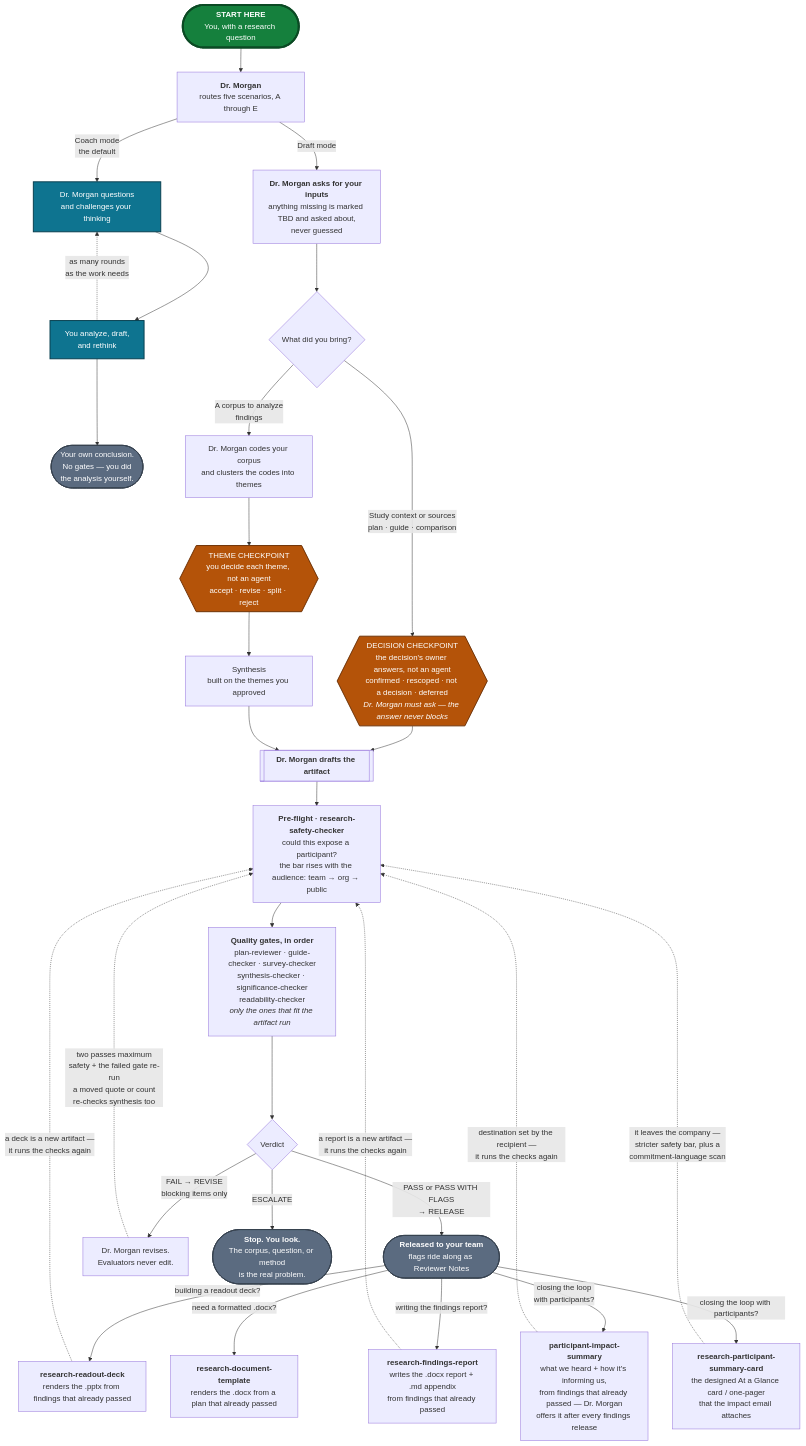
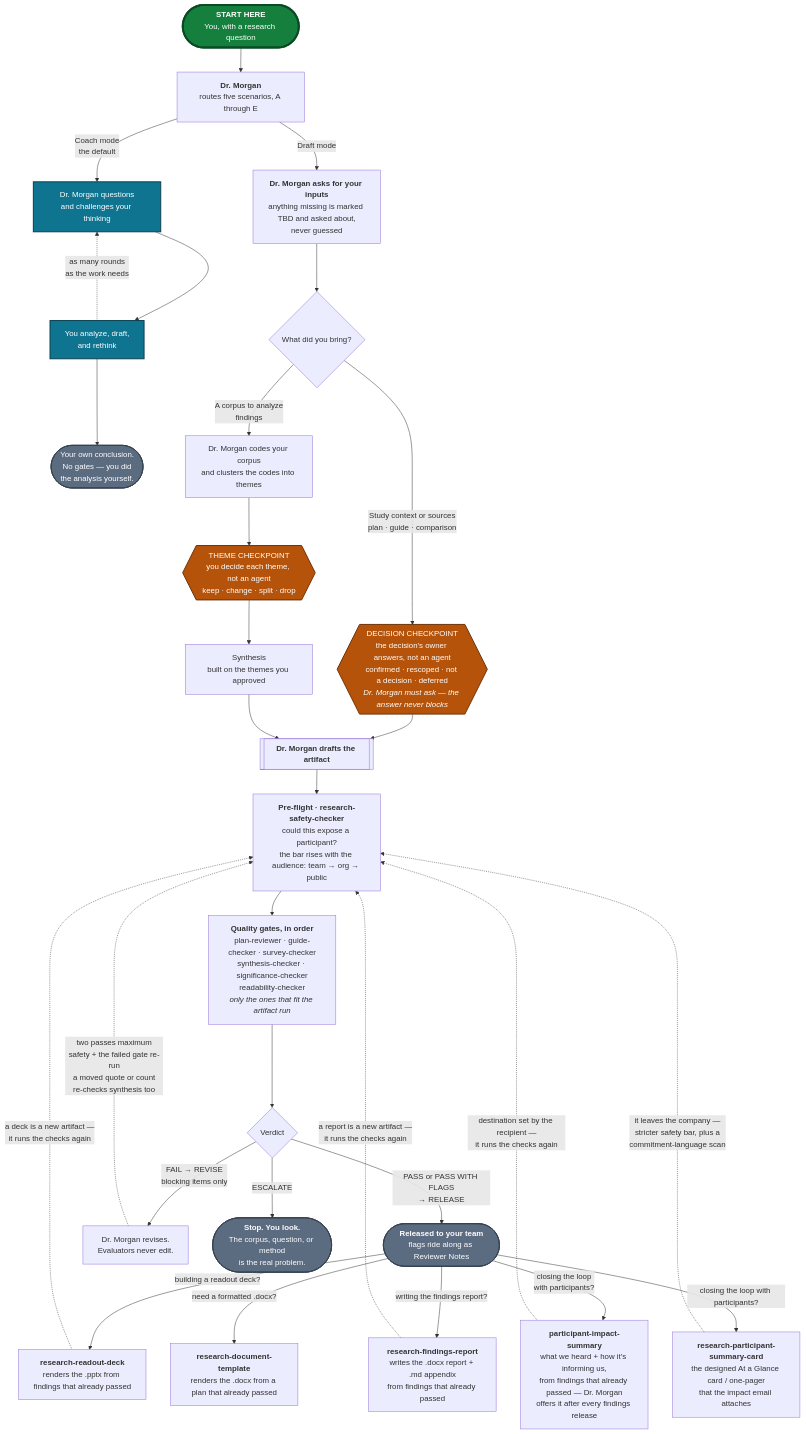
Before and after one commit to kirstenhosic/UX-Research-Skills: the diagram in README.md, drawn with Mermaid. The commit also changed other lines of this file and 39 other files, not shown here.

````diff
--- a/README.md
+++ b/README.md
@@ -292,62 +312,62 @@
 ```mermaid
 flowchart TD
     START(["<b>START HERE</b><br/>You, with a research question"])
     START --> DM
 
     DM["<b>Dr. Morgan</b><br/>routes five scenarios, A through E"]
 
     DM -->|"Coach mode<br/>the default"| COACH["Dr. Morgan questions<br/>and challenges your thinking"]
     COACH --> WORK["You analyze, draft,<br/>and rethink"]
     WORK -.->|"as many rounds<br/>as the work needs"| COACH
     WORK --> ENDC(["Your own conclusion.<br/>No gates — you did<br/>the analysis yourself."])
 
     DM -->|"Draft mode"| IN["<b>Dr. Morgan asks for your inputs</b><br/>anything missing is marked TBD and asked about,<br/>never guessed"]
     IN --> Q{"What did you bring?"}
 
     ART[["<b>Dr. Morgan drafts the artifact</b>"]]
     CL["Dr. Morgan codes your corpus<br/>and clusters the codes into themes"]
 
     Q -->|"Study context or sources<br/>plan · guide · comparison"| DC
     Q -->|"A corpus to analyze<br/>findings"| CL
 
     DC{{"DECISION CHECKPOINT<br/>the decision's owner answers, not an agent<br/>confirmed · rescoped · not a decision · deferred<br/><i>Dr. Morgan must ask — the answer never blocks</i>"}}
     DC --> ART
 
-    CL --> TC{{"THEME CHECKPOINT<br/>you decide each theme, not an agent<br/>accept · revise · split · reject"}}
+    CL --> TC{{"THEME CHECKPOINT<br/>you decide each theme, not an agent<br/>keep · change · split · drop"}}
     TC --> SY["Synthesis<br/>built on the themes you approved"]
     SY --> ART
 
     ART --> PF["<b>Pre-flight · research-safety-checker</b><br/>could this expose a participant?<br/>the bar rises with the audience: team → org → public"]
     PF --> G["<b>Quality gates, in order</b><br/>plan-reviewer · guide-checker · survey-checker<br/>synthesis-checker · significance-checker<br/>readability-checker<br/><i>only the ones that fit the artifact run</i>"]
     G --> V{"Verdict"}
 
     V -->|"PASS or PASS WITH FLAGS<br/>→ RELEASE"| ENDR(["<b>Released to your team</b><br/>flags ride along as Reviewer Notes"])
 
     V -->|"FAIL → REVISE<br/>blocking items only"| RV["Dr. Morgan revises.<br/>Evaluators never edit."]
     RV -.->|"two passes maximum<br/>safety + the failed gate re-run<br/>a moved quote or count<br/>re-checks synthesis too"| PF
 
     V -->|"ESCALATE"| ENDE(["<b>Stop. You look.</b><br/>The corpus, question, or method<br/>is the real problem."])
 
     ENDR -->|"building a readout deck?"| SK["<b>research-readout-deck</b><br/>renders the .pptx from findings that already passed"]
     SK -.->|"a deck is a new artifact —<br/>it runs the checks again"| PF
 
     ENDR -->|"writing the findings report?"| RPT["<b>research-findings-report</b><br/>writes the .docx report + .md appendix<br/>from findings that already passed"]
     RPT -.->|"a report is a new artifact —<br/>it runs the checks again"| PF
 
     ENDR -->|"closing the loop<br/>with participants?"| CIS["<b>participant-impact-summary</b><br/>what we heard + how it's informing us,<br/>from findings that already passed — Dr. Morgan<br/>offers it after every findings release"]
     CIS -.->|"destination set by the recipient —<br/>it runs the checks again"| PF
 
     ENDR -->|"need a formatted .docx?"| DOC["<b>research-document-template</b><br/>renders the .docx from a plan that already passed"]
 
     ENDR -->|"closing the loop with participants?"| PS["<b>research-participant-summary-card</b><br/>the designed At a Glance card / one-pager<br/>that the impact email attaches"]
     PS -.->|"it leaves the company —<br/>stricter safety bar, plus a<br/>commitment-language scan"| PF
 
     classDef entry  fill:#15803D,stroke:#0B4A24,stroke-width:4px,color:#FFFFFF
     classDef coach  fill:#0E7490,stroke:#083F4F,stroke-width:2px,color:#FFFFFF
     classDef human  fill:#B45309,stroke:#6E3206,stroke-width:2px,color:#FFFFFF
     classDef ending fill:#5B6B80,stroke:#37424F,stroke-width:2px,color:#FFFFFF
     class START entry
     class COACH,WORK coach
     class TC,DC human
     class ENDC,ENDR,ENDE ending
 ```
````
